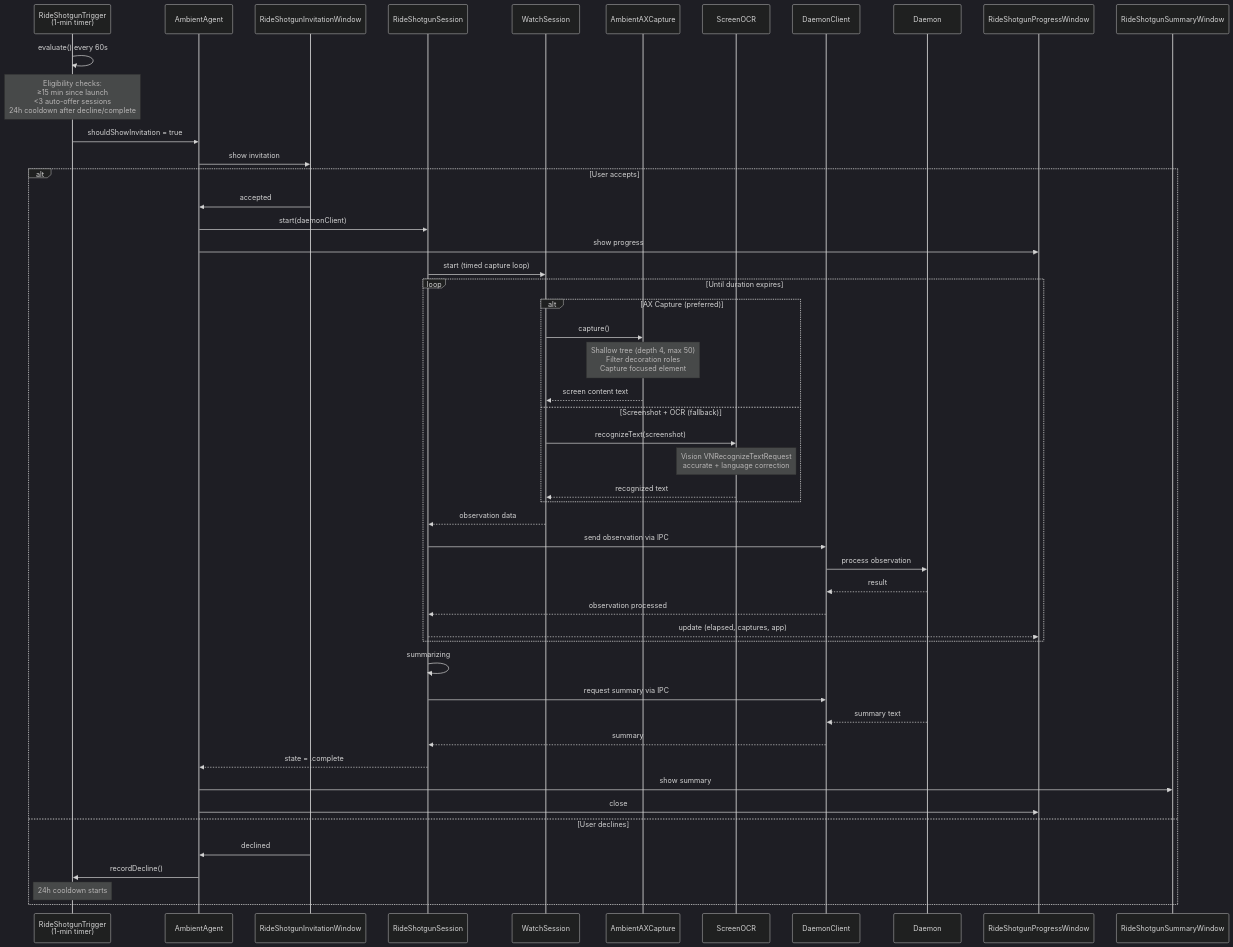
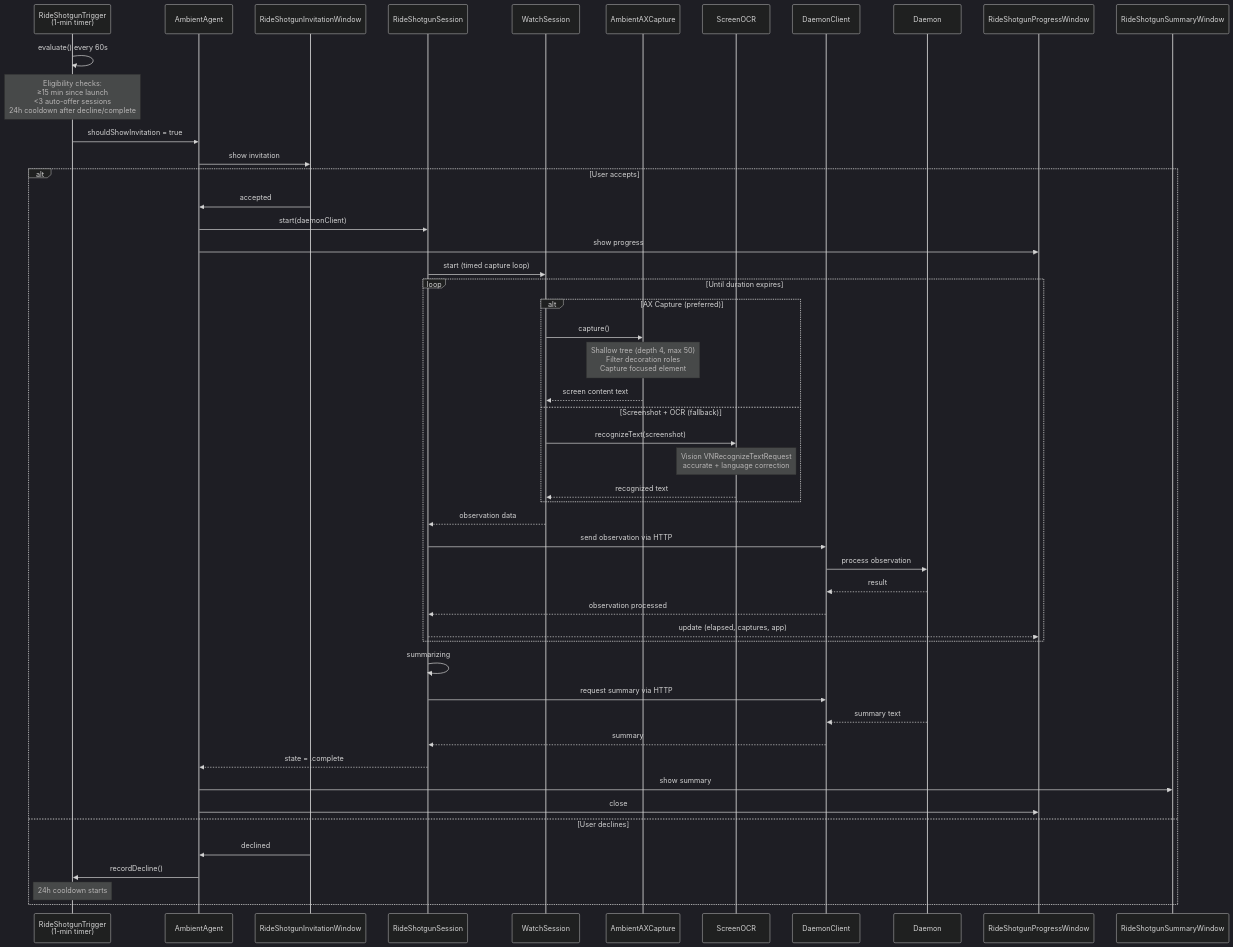
One commit to vellum-ai/vellum-assistant changed the fourth of 7 diagrams in clients/ARCHITECTURE.md. Above: the diagram before and after it, drawn with Mermaid (dark theme). The commit also changed other lines of this file and 23 other files, not shown here.

````diff
--- a/clients/ARCHITECTURE.md
+++ b/clients/ARCHITECTURE.md
@@ -307,59 +302,59 @@
 ```mermaid
 sequenceDiagram
     participant Trigger as RideShotgunTrigger<br/>(1-min timer)
     participant Agent as AmbientAgent
     participant InviteWin as RideShotgunInvitationWindow
     participant Session as RideShotgunSession
     participant WS as WatchSession
     participant AXC as AmbientAXCapture
     participant OCR as ScreenOCR
     participant DC as DaemonClient
     participant Daemon as Daemon
     participant ProgressWin as RideShotgunProgressWindow
     participant SummaryWin as RideShotgunSummaryWindow
 
     Trigger->>Trigger: evaluate() every 60s
     Note over Trigger: Eligibility checks:<br/>≥15 min since launch<br/><3 auto-offer sessions<br/>24h cooldown after decline/complete
 
     Trigger->>Agent: shouldShowInvitation = true
     Agent->>InviteWin: show invitation
 
     alt User accepts
         InviteWin->>Agent: accepted
         Agent->>Session: start(daemonClient)
         Agent->>ProgressWin: show progress
 
         Session->>WS: start (timed capture loop)
 
         loop Until duration expires
             alt AX Capture (preferred)
                 WS->>AXC: capture()
                 Note over AXC: Shallow tree (depth 4, max 50)<br/>Filter decoration roles<br/>Capture focused element
                 AXC-->>WS: screen content text
             else Screenshot + OCR (fallback)
                 WS->>OCR: recognizeText(screenshot)
                 Note over OCR: Vision VNRecognizeTextRequest<br/>accurate + language correction
                 OCR-->>WS: recognized text
             end
 
             WS-->>Session: observation data
-            Session->>DC: send observation via IPC
+            Session->>DC: send observation via HTTP
             DC->>Daemon: process observation
             Daemon-->>DC: result
             DC-->>Session: observation processed
             Session-->>ProgressWin: update (elapsed, captures, app)
         end
 
         Session->>Session: summarizing
-        Session->>DC: request summary via IPC
+        Session->>DC: request summary via HTTP
         Daemon-->>DC: summary text
         DC-->>Session: summary
         Session-->>Agent: state = .complete
         Agent->>SummaryWin: show summary
         Agent->>ProgressWin: close
     else User declines
         InviteWin->>Agent: declined
         Agent->>Trigger: recordDecline()
         Note over Trigger: 24h cooldown starts
     end
 ```
````
